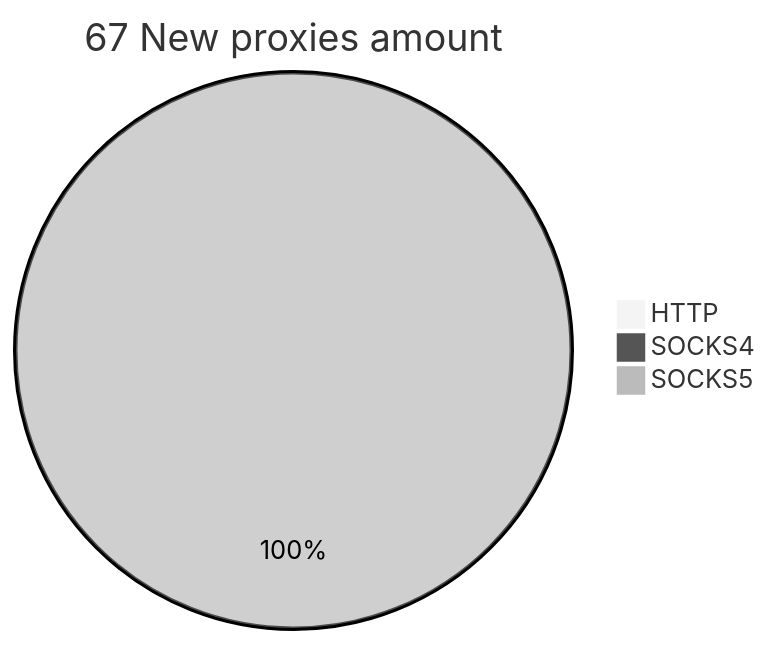
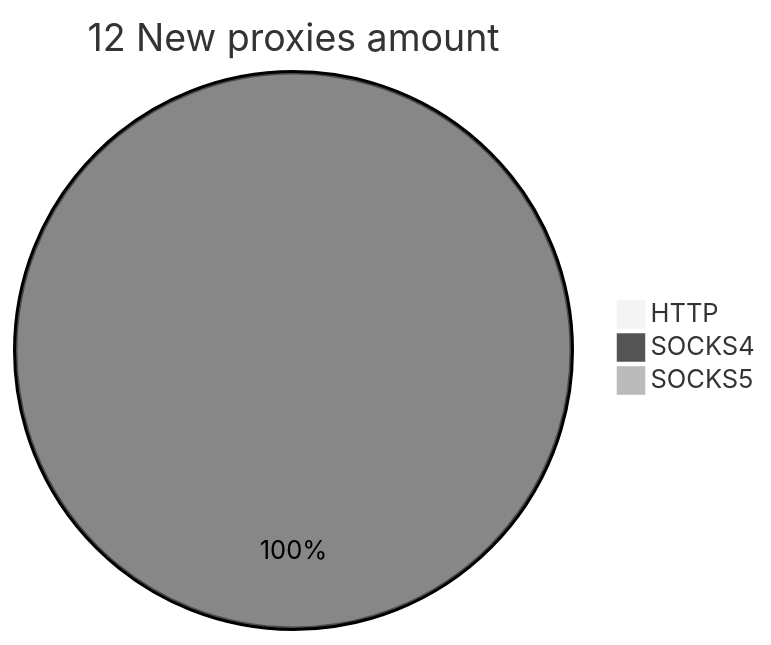
One commit to cutipu/proxylist changed the second of 2 diagrams in README.md. Above: the diagram before and after it, drawn with Mermaid (neutral theme). The commit also changed other lines of this file, not shown here.

````diff
--- a/README.md
+++ b/README.md
@@ -10,6 +10,6 @@
 ```mermaid
-pie title 67 New proxies amount
+pie title 12 New proxies amount
     "HTTP" : 0
-    "SOCKS4" : 0
-    "SOCKS5" : 67
+    "SOCKS4" : 23
+    "SOCKS5" : 0
 ```
````
